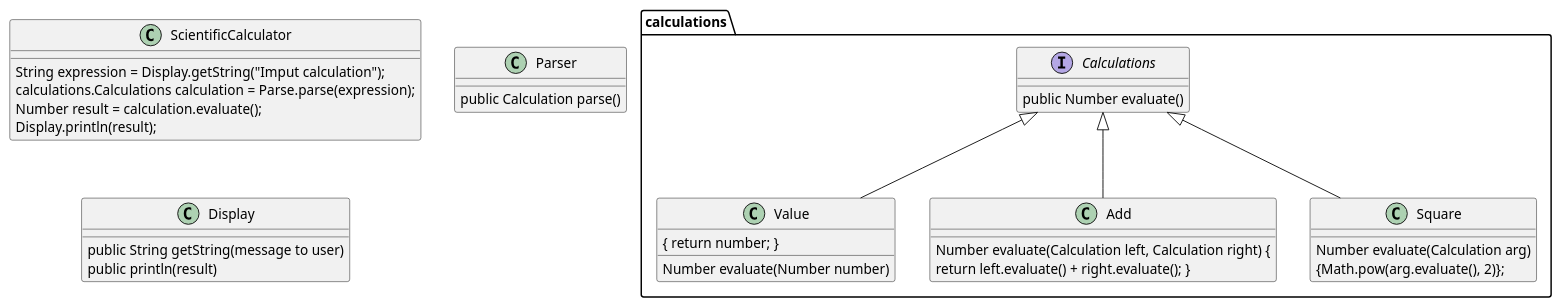
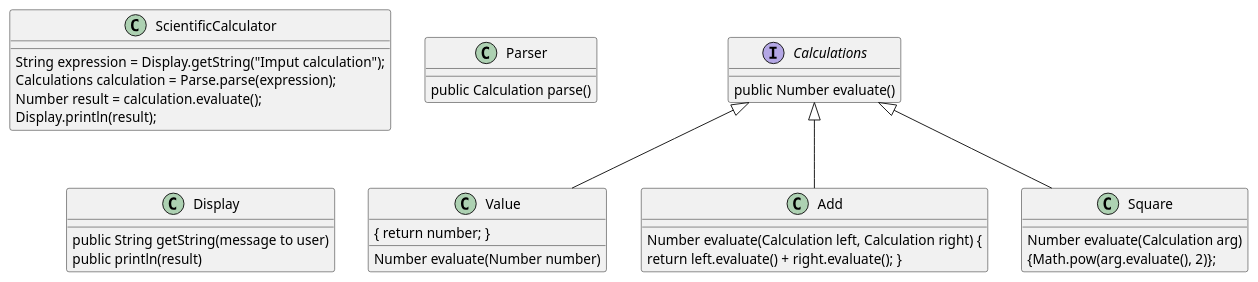
The diagram in src/Diagram.puml (ElBell/Calculator), drawn with PlantUML before and after one commit. The commit also changed 108 other files, not shown here.

```diff
--- a/src/Diagram.puml
+++ b/src/Diagram.puml
@@ -6,39 +6,39 @@
 @startuml
 
 class ScientificCalculator {
 String expression = Display.getString("Imput calculation");
-calculations.Calculations calculation = Parse.parse(expression);
+Calculations calculation = Parse.parse(expression);
 Number result = calculation.evaluate();
 Display.println(result);
 }
 
 class Parser {
 public Calculation parse()
 }
 
 class Display {
 public String getString(message to user)
 public println(result)
 }
 
-Interface calculations.Calculations {
+Interface Calculations {
 public Number evaluate()
 }
 
-class calculations.Value extends calculations.Calculations {
+class Value extends Calculations {
    Number evaluate(Number number)
    { return number; }
 }
 
-class calculations.Add extends calculations.Calculations {
+class Add extends Calculations {
     Number evaluate(Calculation left, Calculation right) {
         return left.evaluate() + right.evaluate(); }
 
 }
 
-class calculations.Square extends calculations.Calculations {
+class Square extends Calculations {
     Number evaluate(Calculation arg)
     {Math.pow(arg.evaluate(), 2)};
 }
 
 @enduml
```
